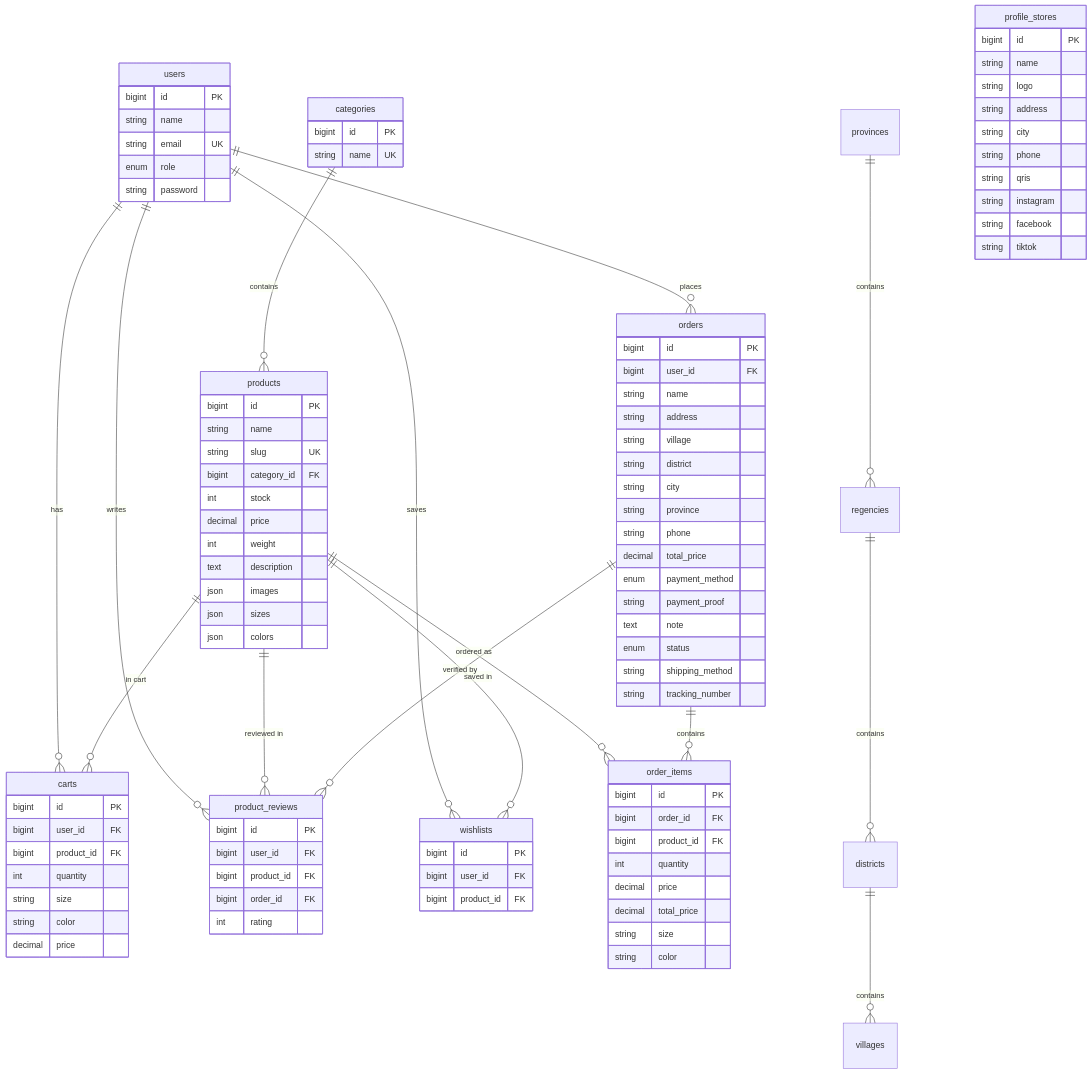
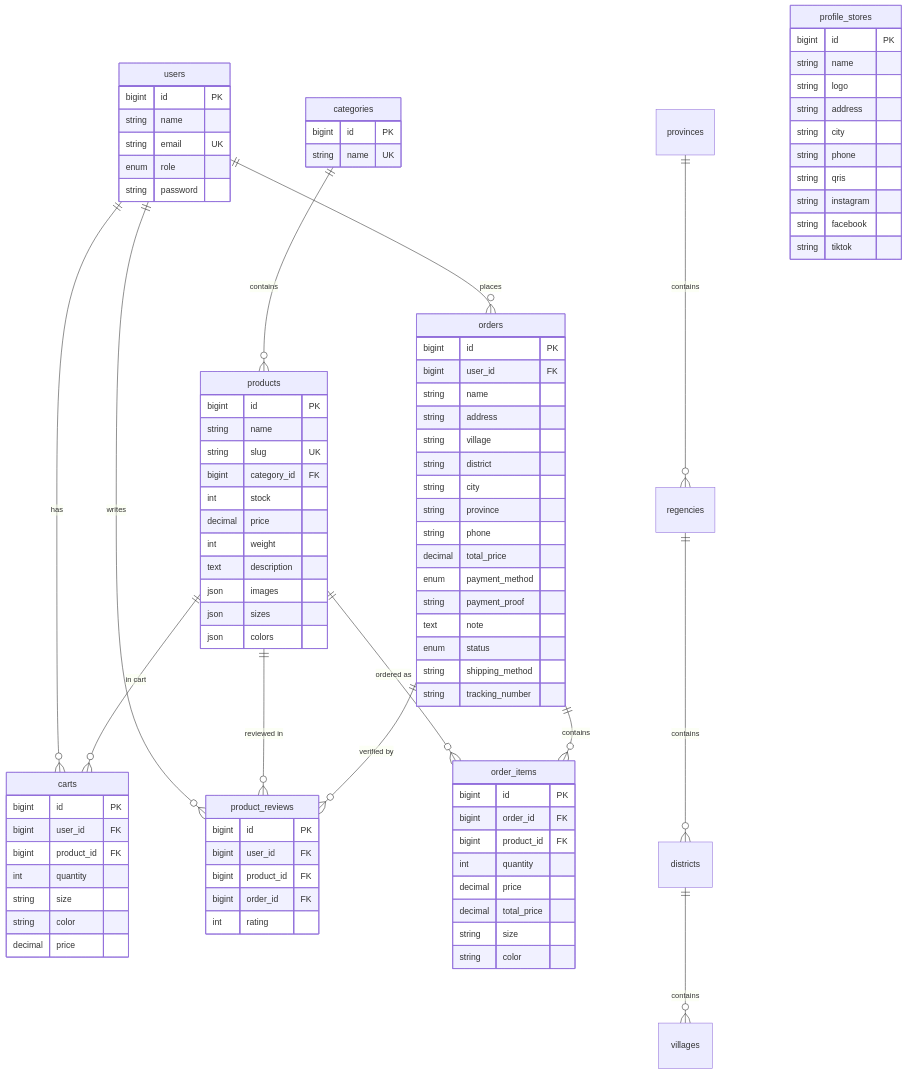
The diagram in docs/05_BACKEND_SCHEMA.md (Vilamuzz/Nyuwi-Creation-Project), drawn with Mermaid before and after one commit. The commit also changed other lines of this file and 23 other files, not shown here.

```diff
--- a/docs/05_BACKEND_SCHEMA.md
+++ b/docs/05_BACKEND_SCHEMA.md
@@ -271,14 +260,14 @@
     users ||--o{ carts : "has"
     users ||--o{ orders : "places"
     users ||--o{ product_reviews : "writes"
-    users ||--o{ wishlists : "saves"
+
 
     categories ||--o{ products : "contains"
 
     products ||--o{ carts : "in cart"
     products ||--o{ order_items : "ordered as"
     products ||--o{ product_reviews : "reviewed in"
-    products ||--o{ wishlists : "saved in"
+
 
     orders ||--o{ order_items : "contains"
     orders ||--o{ product_reviews : "verified by"
@@ -362,11 +351,6 @@
         int rating
     }
 
-    wishlists {
-        bigint id PK
-        bigint user_id FK
-        bigint product_id FK
-    }
 
     profile_stores {
         bigint id PK
```
